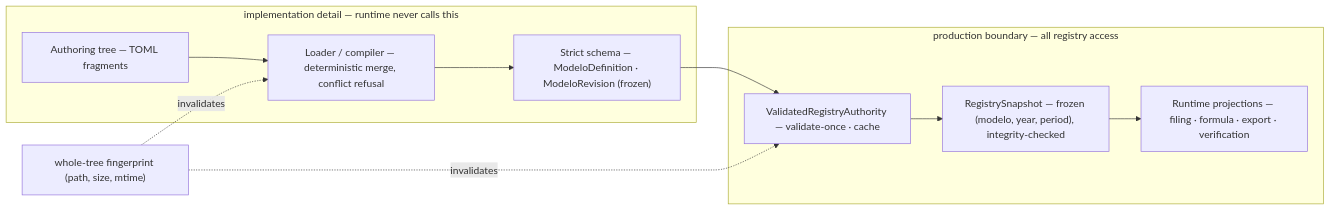
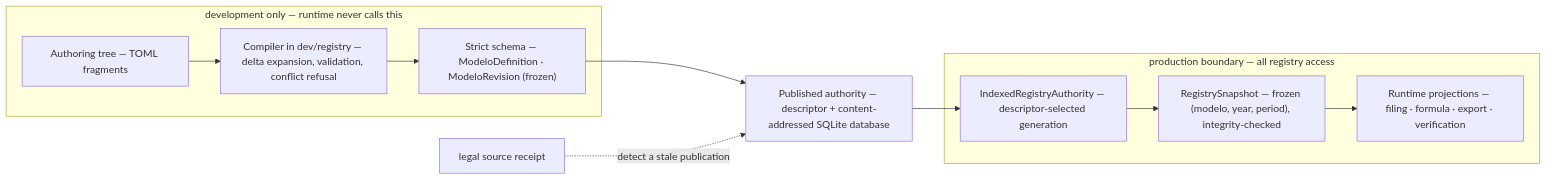
One commit to nevenincs/cadrumo changed the second of 5 diagrams in docs/architecture/index.md. Above: the diagram before and after it, drawn with Mermaid. The commit also changed other lines of this file and 2502 other files, not shown here.

Commit message:
Catch docs drift in pull requests, correct the docs against the product, and identify the registry authority by its legal sources (#703)

````diff
--- a/docs/architecture/index.md
+++ b/docs/architecture/index.md
@@ -134,13 +135,14 @@
 ```mermaid
 flowchart LR
-    subgraph impl["implementation detail — runtime never calls this"]
-        A["Authoring tree — TOML fragments"] --> B["Loader / compiler — deterministic merge, conflict refusal"] --> C["Strict schema — ModeloDefinition · ModeloRevision (frozen)"]
+    subgraph impl["development only — runtime never calls this"]
+        A["Authoring tree — TOML fragments"] --> B["Compiler in dev/registry — delta expansion, validation, conflict refusal"] --> C["Strict schema — ModeloDefinition · ModeloRevision (frozen)"]
     end
+    P["Published authority — descriptor + content-addressed SQLite database"]
     subgraph prod["production boundary — all registry access"]
-        D["ValidatedRegistryAuthority — validate-once · cache"] --> E["RegistrySnapshot — frozen (modelo, year, period), integrity-checked"] --> F["Runtime projections — filing · formula · export · verification"]
+        D["IndexedRegistryAuthority — descriptor-selected generation"] --> E["RegistrySnapshot — frozen (modelo, year, period), integrity-checked"] --> F["Runtime projections — filing · formula · export · verification"]
     end
-    C --> D
-    FP["whole-tree fingerprint (path, size, mtime)"]
-    FP -.->|"invalidates"| B
-    FP -.->|"invalidates"| D
+    C --> P
+    P --> D
+    RC["legal source receipt"]
+    RC -.->|"detect a stale publication"| P
 ```
````
